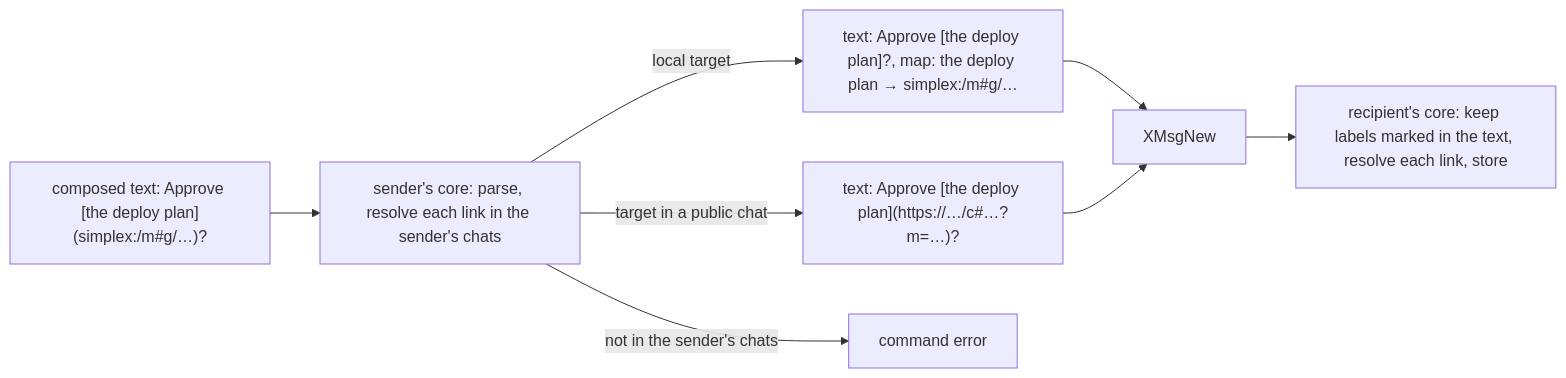
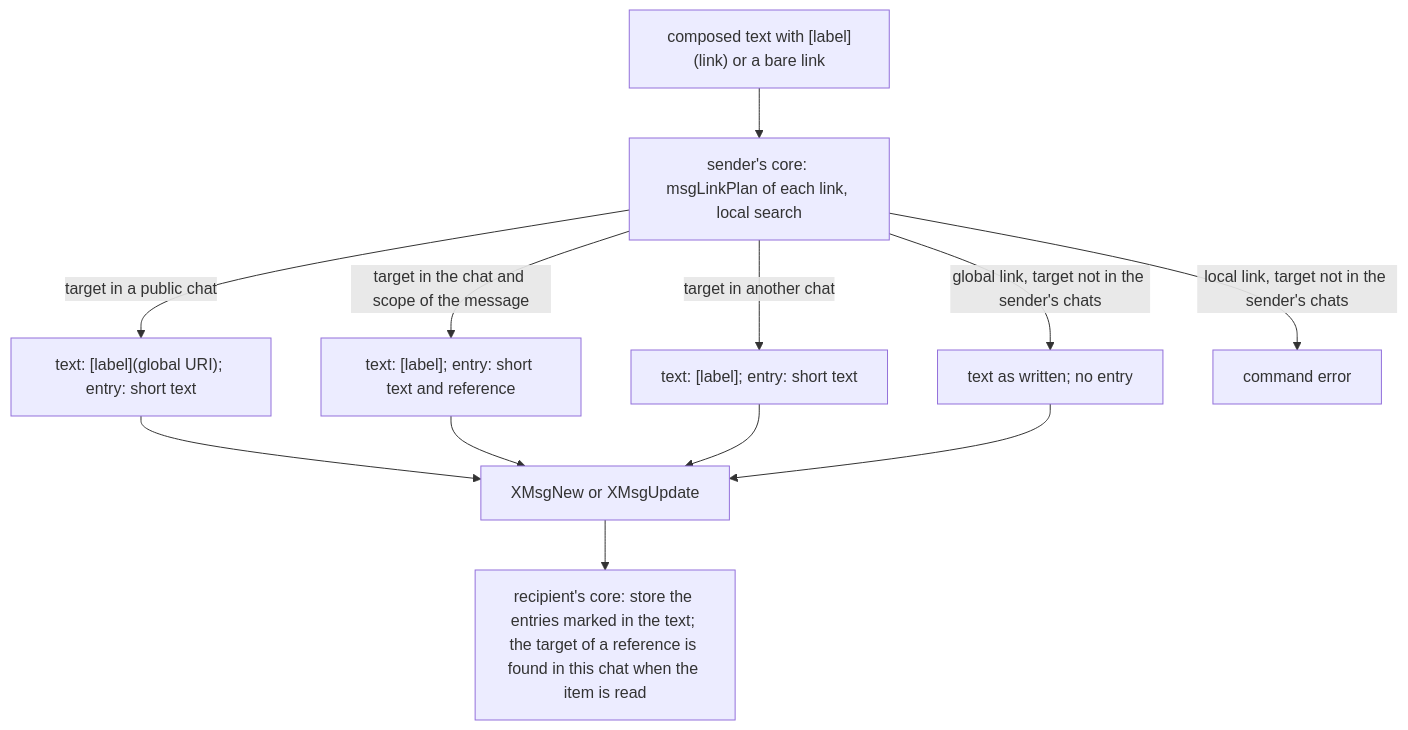
Before and after one commit to evgeny-simplex/simplex-chat: the first of 6 diagrams in plans/2026-11-22-message-references.md, drawn with Mermaid. The commit also changed other lines of this file, not shown here.

Commit message:
core: plan short texts and same-chat references in link maps

````diff
--- a/plans/2026-11-22-message-references.md
+++ b/plans/2026-11-22-message-references.md
@@ -98,10 +146,14 @@
 ```mermaid
-flowchart LR
-  T["composed text: Approve [the deploy plan](simplex:/m#g/…)?"] --> P[sender's core: parse, resolve each link in the sender's chats]
-  P -->|local target| M["text: Approve [the deploy plan]?, map: the deploy plan → simplex:/m#g/…"]
-  P -->|target in a public chat| G["text: Approve [the deploy plan](https://…/c#…?m=…)?"]
-  P -->|not in the sender's chats| E[command error]
-  M --> W[XMsgNew]
-  G --> W
-  W --> R[recipient's core: keep labels marked in the text, resolve each link, store]
+flowchart TD
+  T["composed text with [label](link) or a bare link"] --> P[sender's core: msgLinkPlan of each link, local search]
+  P -->|target in a public chat| G["text: [label](global URI); entry: short text"]
+  P -->|target in the chat and scope of the message| S["text: [label]; entry: short text and reference"]
+  P -->|target in another chat| O["text: [label]; entry: short text"]
+  P -->|global link, target not in the sender's chats| GW[text as written; no entry]
+  P -->|local link, target not in the sender's chats| E[command error]
+  G --> W[XMsgNew or XMsgUpdate]
+  S --> W
+  O --> W
+  GW --> W
+  W --> R[recipient's core: store the entries marked in the text; the target of a reference is found in this chat when the item is read]
 ```
````
